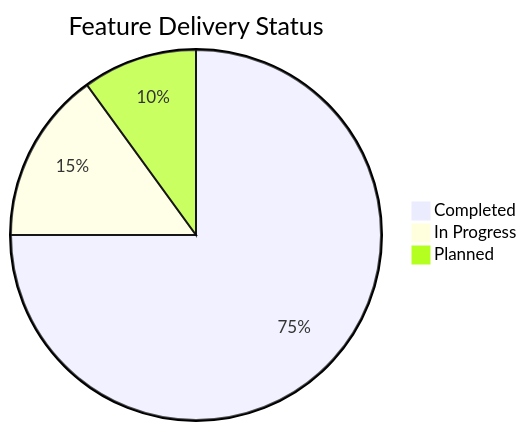
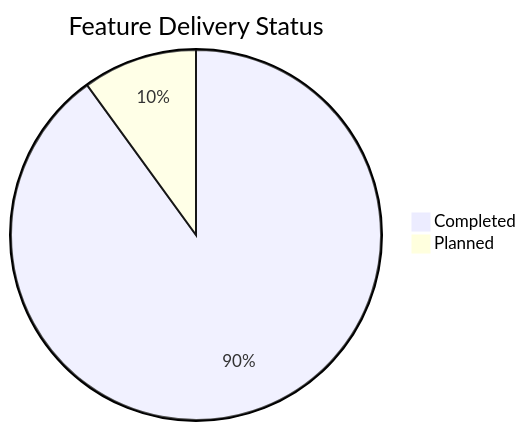
Before and after one commit to Khoa180806/token-diff: the diagram in docs/03-product/roadmap.md, drawn with Mermaid. The commit also changed other lines of this file and 5 other files, not shown here.

````diff
--- a/docs/03-product/roadmap.md
+++ b/docs/03-product/roadmap.md
@@ -9,6 +9,5 @@
 ```mermaid
 pie title Feature Delivery Status
-    "Completed" : 75
-    "In Progress" : 15
+    "Completed" : 90
     "Planned" : 10
 ```
````
